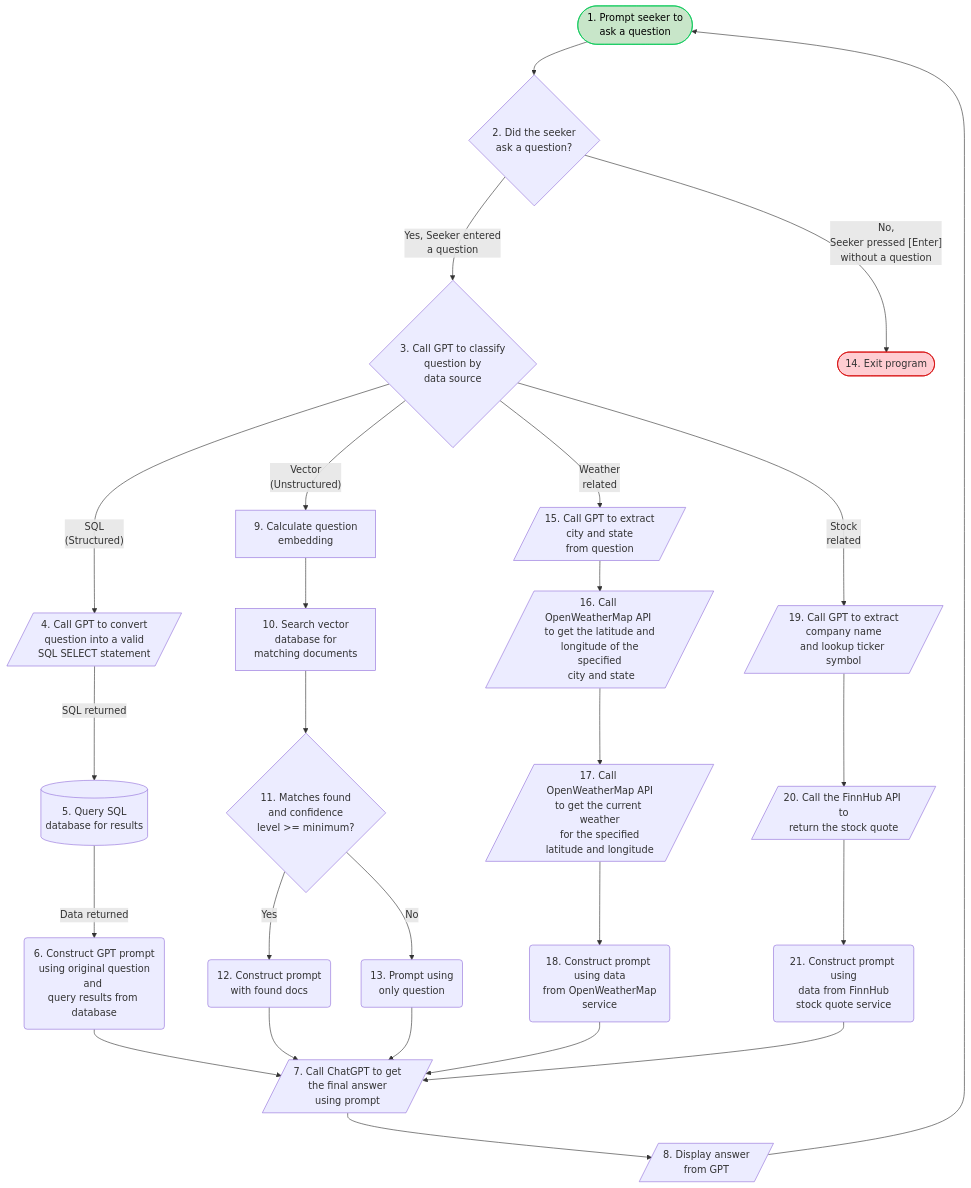
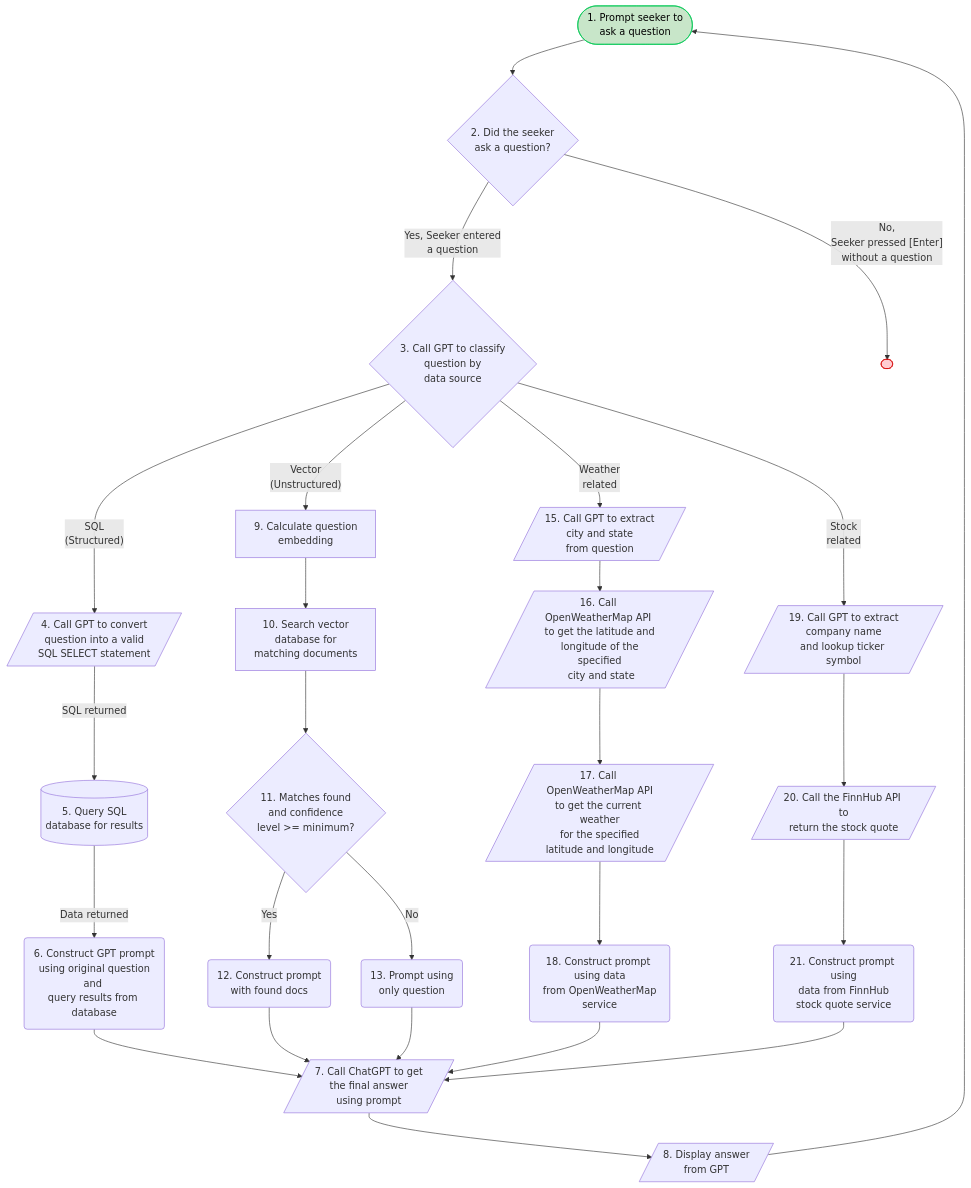
One commit to megerow/RAG changed the diagram in README.markdown. Above: the diagram before and after it, drawn with Mermaid.

````diff
--- a/README.markdown
+++ b/README.markdown
@@ -3,32 +3,32 @@
 ```mermaid
 flowchart TD
     ng(["<span style='color: black'>1. Prompt seeker to<br> ask a question</span>"]) --> nz{"2. Did the seeker <br>ask a question?"}
     nz -- Yes, Seeker entered<br> a question --> nb{"3. Call GPT to classify<br>question by<br>data source"}
     nd[/"4. Call GPT to convert <br>question into a valid <br>SQL SELECT statement"/] -- SQL returned --> n3[("5. Query SQL <br>database for results")]
     n3 -- Data returned --> nf("6. Construct GPT prompt<br> using original question and <br>query results from database")
     nf --> nr[/"7. Call ChatGPT to get<br>the final answer<br> using prompt"/]
     nr --> nk[/"8. Display answer<br> from GPT"/]
     nk --> ng
-    nz -- No, <br>Seeker pressed [Enter]<br> without a question --> na(["14. Exit program"])
+    nz -- No, <br>Seeker pressed [Enter]<br> without a question --> na(["<span style='color: black'14. Exit program</span>"])
     nb -- SQL<br>(Structured) --> nd
     nb -- Vector<br>(Unstructured) --> n8["9. Calculate question <br>embedding"]
     n8 --> nj["10. Search vector<br>database for<br>matching documents"]
     nj --> n6{"11. Matches found<br>and confidence<br>level &gt;= minimum?"}
     n6 -- Yes --> nq("12. Construct prompt<br>with found docs")
     n6 -- No --> ns("13. Prompt using <br>only question")
     nq --> nr
     ns --> nr
     nb -- Weather<br>related --> nc[/"15. Call GPT to extract<br>city and state<br>from question"/]
     nb -- Stock<br>related --> n5[/"19. Call GPT to extract<br>company name<br>and lookup ticker symbol"/]
     nc --> ni[/"16. Call OpenWeatherMap API <br>to get the latitude and<br> longitude of the specified<br> city and state"/]
     ni --> nl[/"17. Call OpenWeatherMap API<br>to get the current weather<br>for the specified<br>latitude and longitude"/]
     n5 --> no[/"20. Call the FinnHub API to<br>return the stock quote"/]
     nl --> n2("18. Construct prompt using data<br>from OpenWeatherMap<br>service")
     n2 --> nr
     no --> nu("21. Construct prompt using<br>data from FinnHub<br>stock quote service")
     nu --> nr
     style ng stroke:#00C853,fill:#C8E6C9
     style na stroke:#D50000,fill:#FFCDD2
 
 
 ```
````
